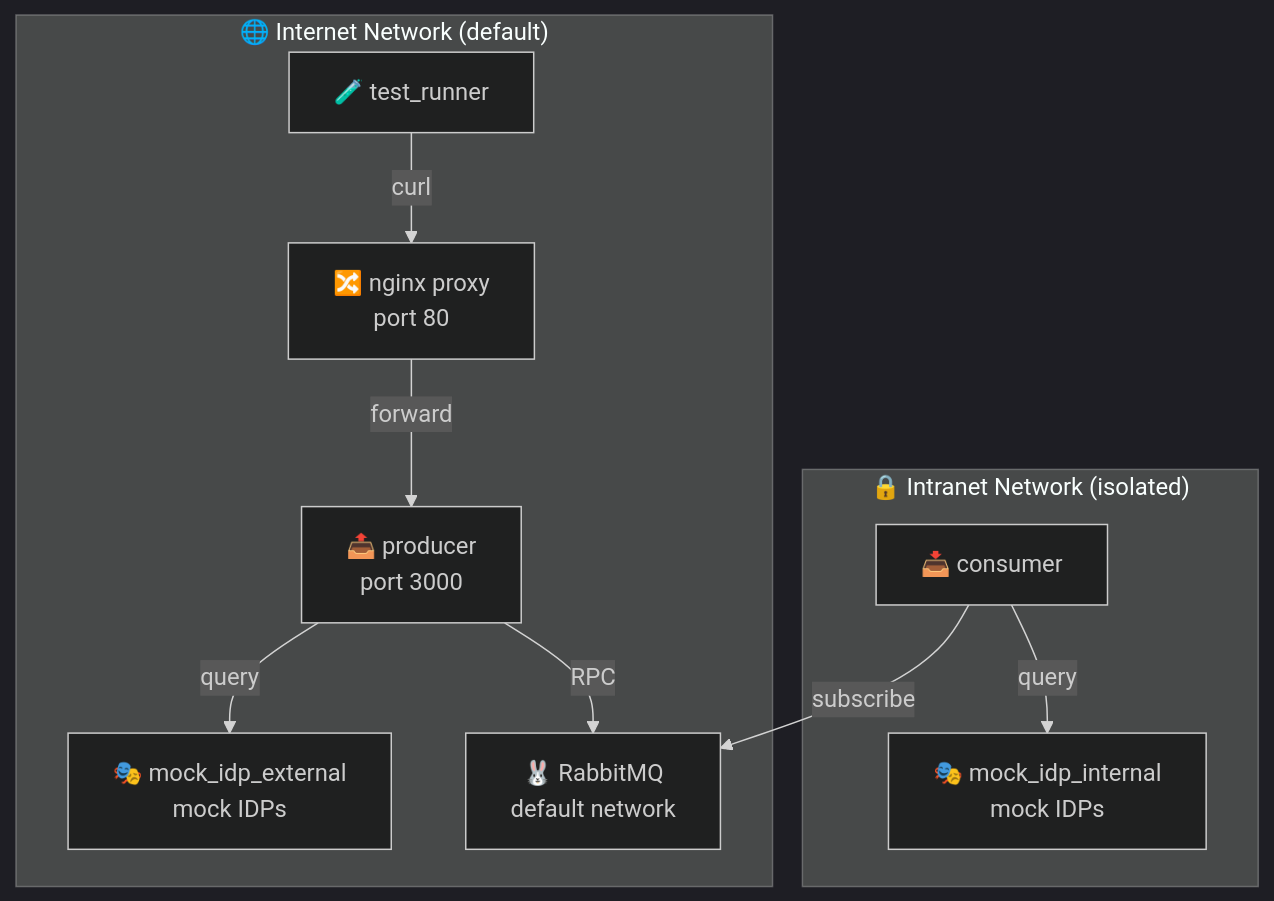
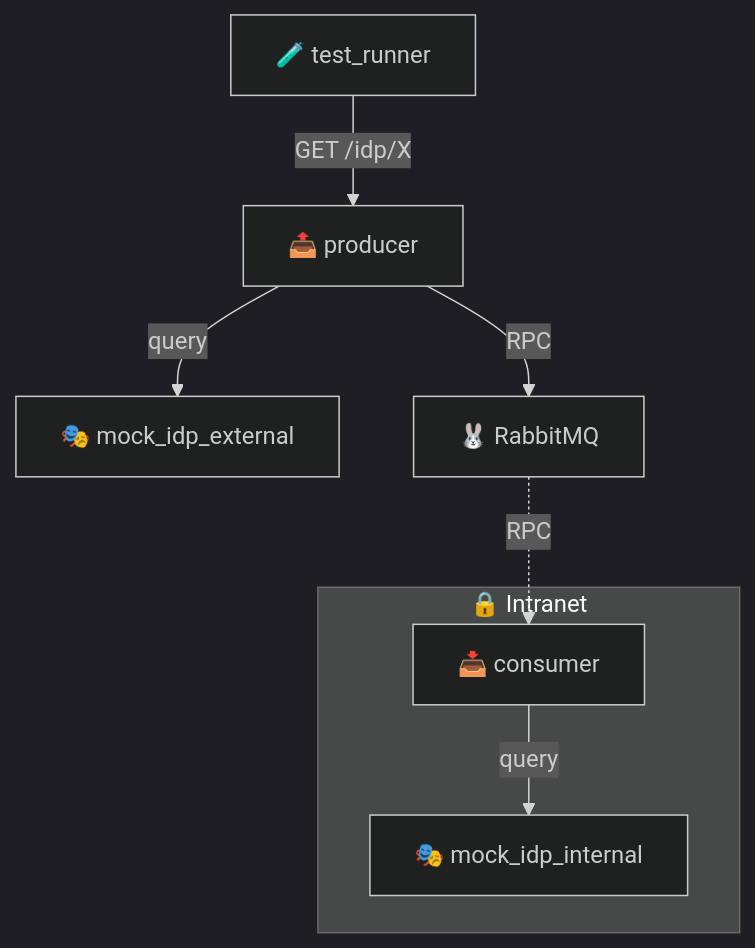
One commit to proconnect-gouv/idp-status-monitoring changed the diagram in examples/idp_proxy_middleware/README.md. Above: the diagram before and after it, drawn with Mermaid (dark theme). The commit also changed 15 other files, not shown here.

````diff
--- a/examples/idp_proxy_middleware/README.md
+++ b/examples/idp_proxy_middleware/README.md
@@ -7,22 +7,18 @@
 ```mermaid
 graph TB
-    subgraph internet["🌐 Internet Network (default)"]
-        test["🧪 test_runner"]
-        proxy["🔀 nginx proxy<br/>port 80"]
-        producer["📤 producer<br/>port 3000"]
-        mock_ext["🎭 mock_idp_external<br/>mock IDPs"]
-        rabbitmq["🐰 RabbitMQ<br/>default network"]
+    test["🧪 test_runner"]
+    producer["📤 producer"]
+    mock_ext["🎭 mock_idp_external"]
+    rabbitmq["🐰 RabbitMQ"]
+
+    subgraph intranet["🔒 Intranet"]
+        consumer["📥 consumer"]
+        mock_int["🎭 mock_idp_internal"]
     end
 
-    subgraph intranet["🔒 Intranet Network (isolated)"]
-        consumer["📥 consumer"]
-        mock_int["🎭 mock_idp_internal<br/>mock IDPs"]
-    end
-
-    test -->|curl| proxy
-    proxy -->|forward| producer
+    test -->|GET /idp/X| producer
     producer -->|query| mock_ext
     producer -->|RPC| rabbitmq
-    consumer -->|subscribe| rabbitmq
+    rabbitmq -.->|RPC| consumer
     consumer -->|query| mock_int
 ```
````
